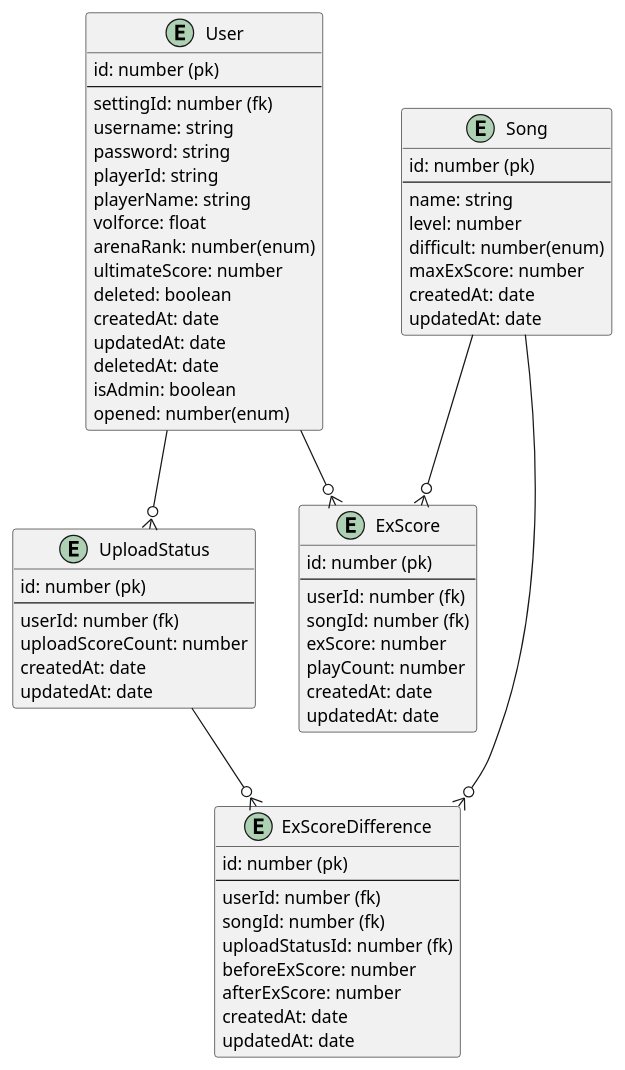
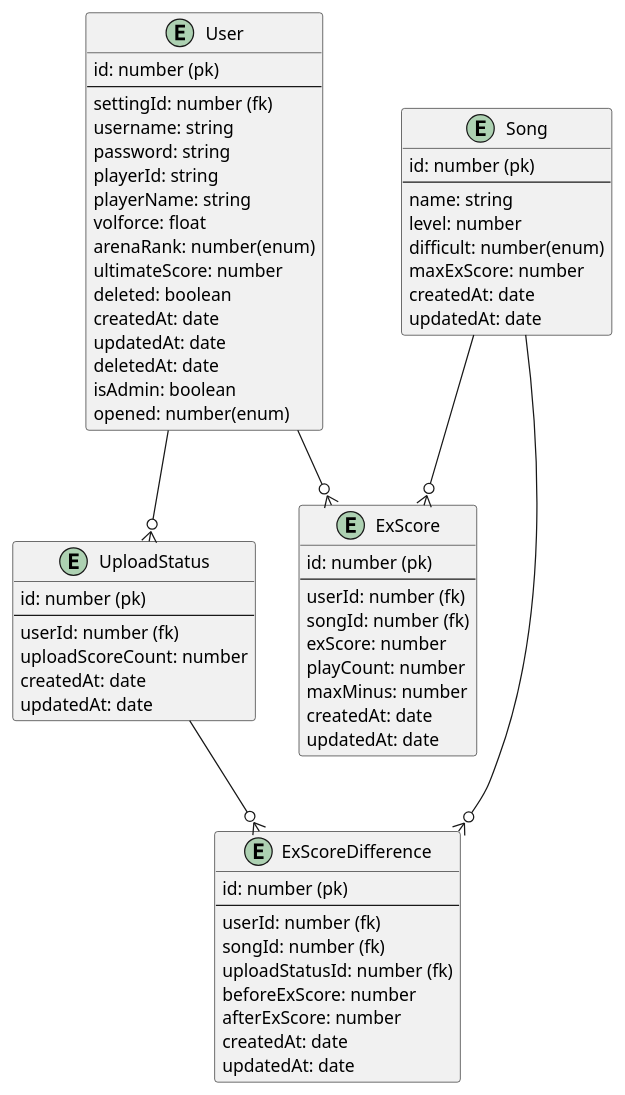
One commit to saezurucrow/sdvx-est changed the diagram in design/dbDchema.pu. Above: the diagram before and after it, drawn with PlantUML. The commit also changed 12 other files, not shown here.

```diff
--- a/design/dbDchema.pu
+++ b/design/dbDchema.pu
@@ -1,78 +1,79 @@
 @startuml sdvxest
 
 entity User {
   id: number (pk)
   --
   settingId: number (fk)
   username: string
   password: string
   playerId: string
   playerName: string
   volforce: float
   arenaRank: number(enum)
   ultimateScore: number
   deleted: boolean
   createdAt: date
   updatedAt: date
   deletedAt: date
   isAdmin: boolean
   opened: number(enum)
 }
 ' (op)rivalData
 
 ' # TODO: 正規化
 entity Song {
   id: number (pk)
   --
   name: string
   level: number
   difficult: number(enum)
   maxExScore: number
   createdAt: date
   updatedAt: date
 }
 ' (op) bpm(min - max)
 
 entity ExScore {
   id: number (pk)
   --
   userId: number (fk)
   songId: number (fk)
   exScore: number
   playCount: number
+  maxMinus: number
   createdAt: date
   updatedAt: date
 }
 
 ' アップロード状況
 entity UploadStatus {
   id: number (pk)
   --
   userId: number (fk)
   uploadScoreCount: number
   createdAt: date
   updatedAt: date
 }
 
 ' 差分
 entity ExScoreDifference {
   id: number (pk)
   --
   userId: number (fk)
   songId: number (fk)
   uploadStatusId: number (fk)
   beforeExScore: number
   afterExScore: number
   createdAt: date
   updatedAt: date
 }
 
 User --o{ UploadStatus
 User --o{ ExScore
 
 Song --o{ ExScore
 Song --o{ ExScoreDifference
 
 UploadStatus --o{ ExScoreDifference
 
 @enduml
```
